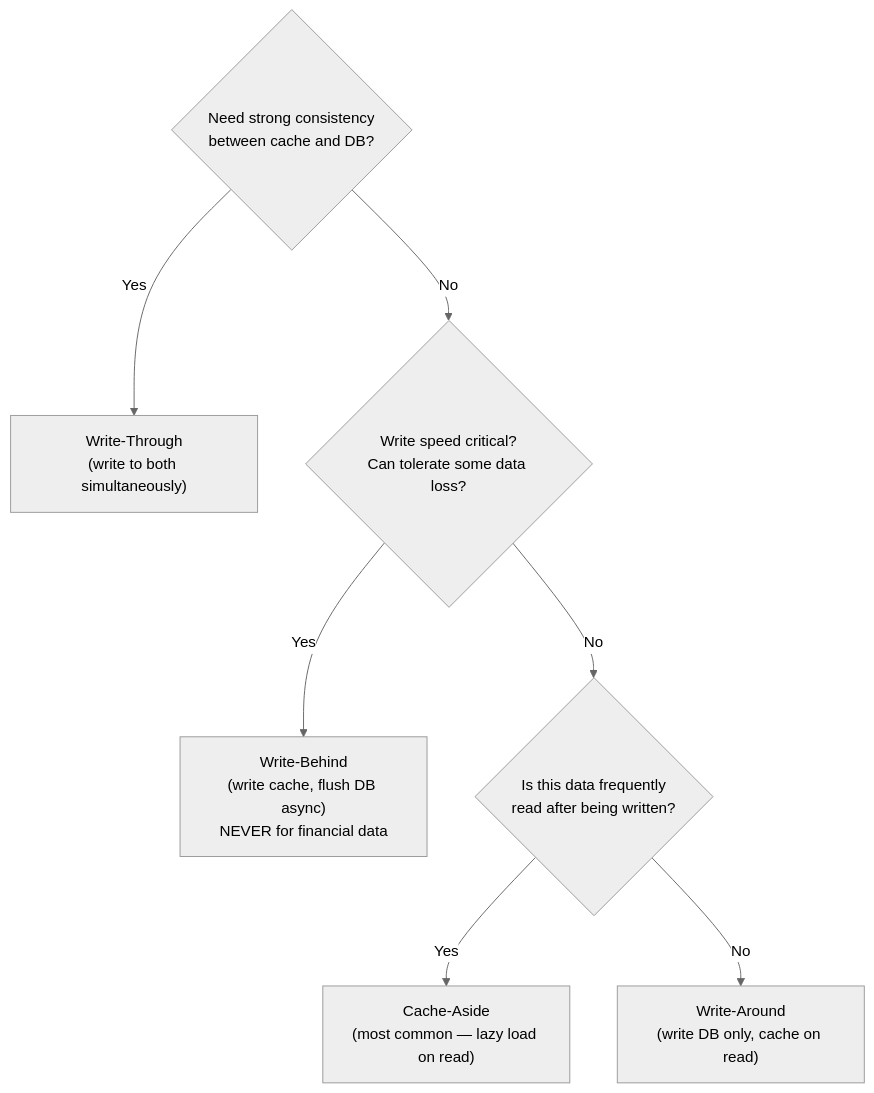
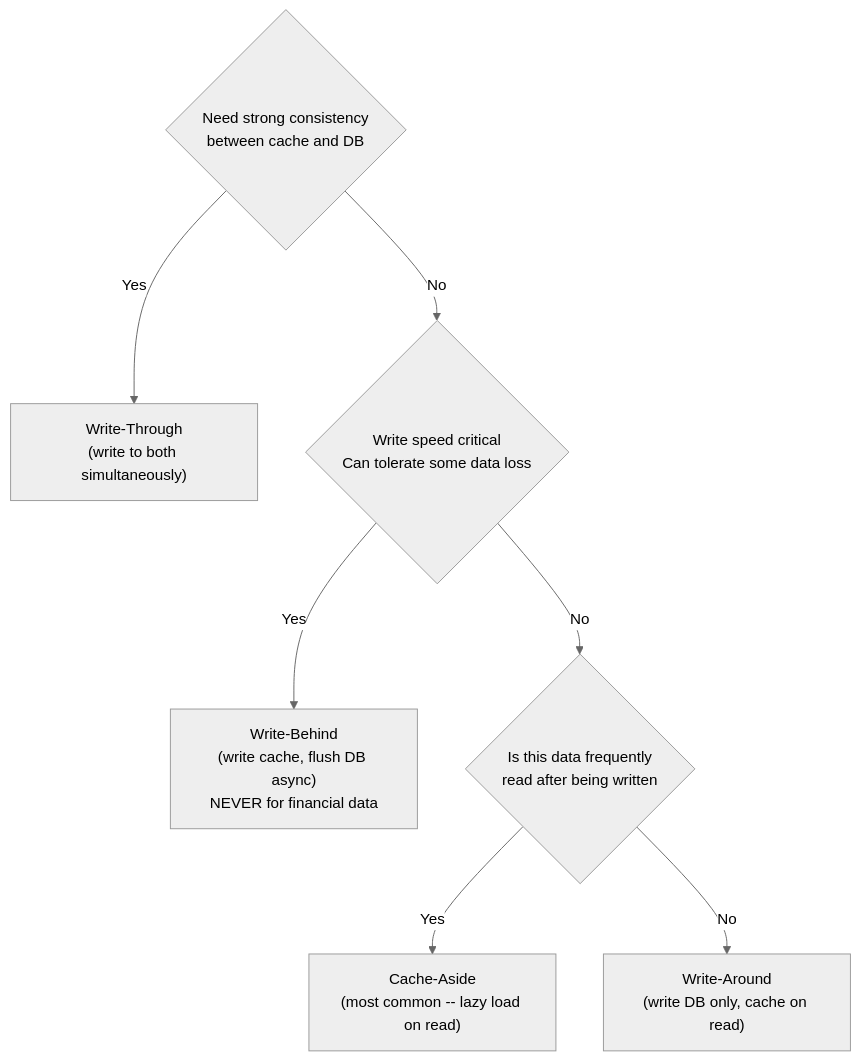
The eighth of 22 diagrams in Section0/Chapter_6_Core_Building_Blocks.md (ranjeetnegi/System-Design-for-Staff-SWE), drawn with Mermaid (neutral theme) before and after one commit. The commit also changed other lines of this file and 11 other files, not shown here.

````diff
--- a/Section0/Chapter_6_Core_Building_Blocks.md
+++ b/Section0/Chapter_6_Core_Building_Blocks.md
@@ -570,10 +570,10 @@
 ```mermaid
 flowchart TD
-    Q1{Need strong consistency\nbetween cache and DB?}
+    Q1{Need strong consistency\nbetween cache and DB }
     Q1 -- Yes --> WriteThrough["Write-Through\n(write to both simultaneously)"]
-    Q1 -- No --> Q2{Write speed critical?\nCan tolerate some data loss?}
+    Q1 -- No --> Q2{Write speed critical \nCan tolerate some data loss }
     Q2 -- Yes --> WriteBehind["Write-Behind\n(write cache, flush DB async)\nNEVER for financial data"]
-    Q2 -- No --> Q3{Is this data frequently\nread after being written?}
-    Q3 -- Yes --> CacheAside["Cache-Aside\n(most common — lazy load on read)"]
+    Q2 -- No --> Q3{Is this data frequently\nread after being written }
+    Q3 -- Yes --> CacheAside["Cache-Aside\n(most common -- lazy load on read)"]
     Q3 -- No --> WriteAround["Write-Around\n(write DB only, cache on read)"]
 ```
````
